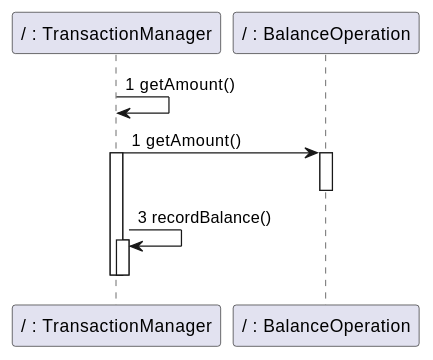
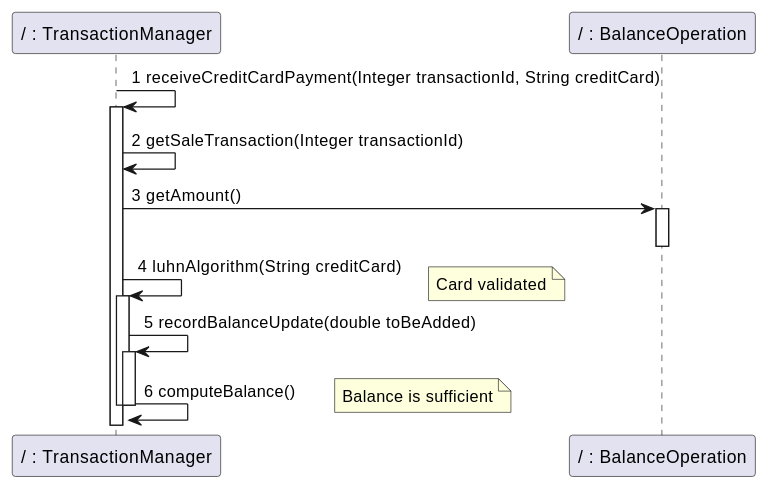
Diagram 33 of 34 in Deliverables/DesignDocument.md (nicolabattaglino/ezshop), drawn with PlantUML before and after one commit. The commit also changed other lines of this file, not shown here.

````diff
--- a/Deliverables/DesignDocument.md
+++ b/Deliverables/DesignDocument.md
@@ -1621,20 +1619,24 @@
 ```plantuml
 @startuml
 
 
 participant "/ : TransactionManager" as TransactionManager
 participant "/ : BalanceOperation" as BalanceOperation
-TransactionManager-> TransactionManager:1 getAmount()
-
-TransactionManager-> BalanceOperation:1 getAmount()
+TransactionManager -> TransactionManager:1 receiveCreditCardPayment(Integer transactionId, String creditCard)
+activate TransactionManager
+TransactionManager-> TransactionManager:2 getSaleTransaction(Integer transactionId)
+TransactionManager-> BalanceOperation:3 getAmount()
 activate BalanceOperation
-
 deactivate BalanceOperation
+TransactionManager -> TransactionManager:4 luhnAlgorithm(String creditCard)
 activate TransactionManager
-TransactionManager -> TransactionManager:3 recordBalance() 
+note right : Card validated
+TransactionManager -> TransactionManager:5 recordBalanceUpdate(double toBeAdded)
 activate TransactionManager
+TransactionManager -> TransactionManager:6 computeBalance()
 deactivate TransactionManager
+note right: Balance is sufficient
 deactivate TransactionManager
 
 @enduml
 ```
````
